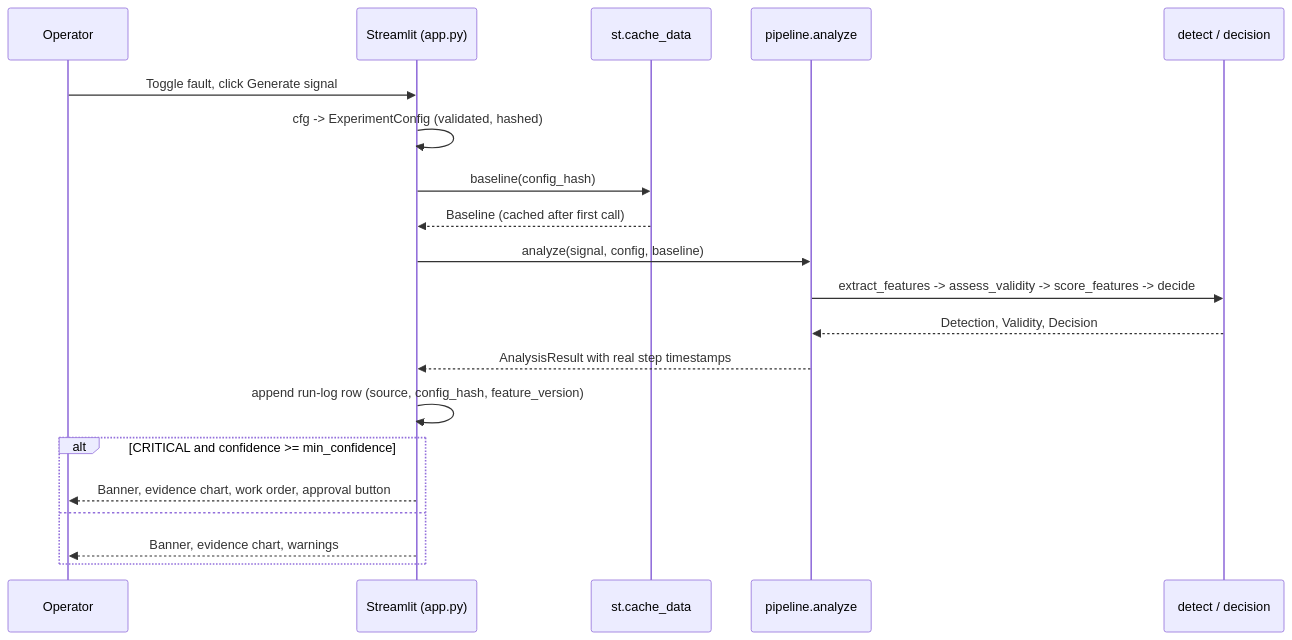
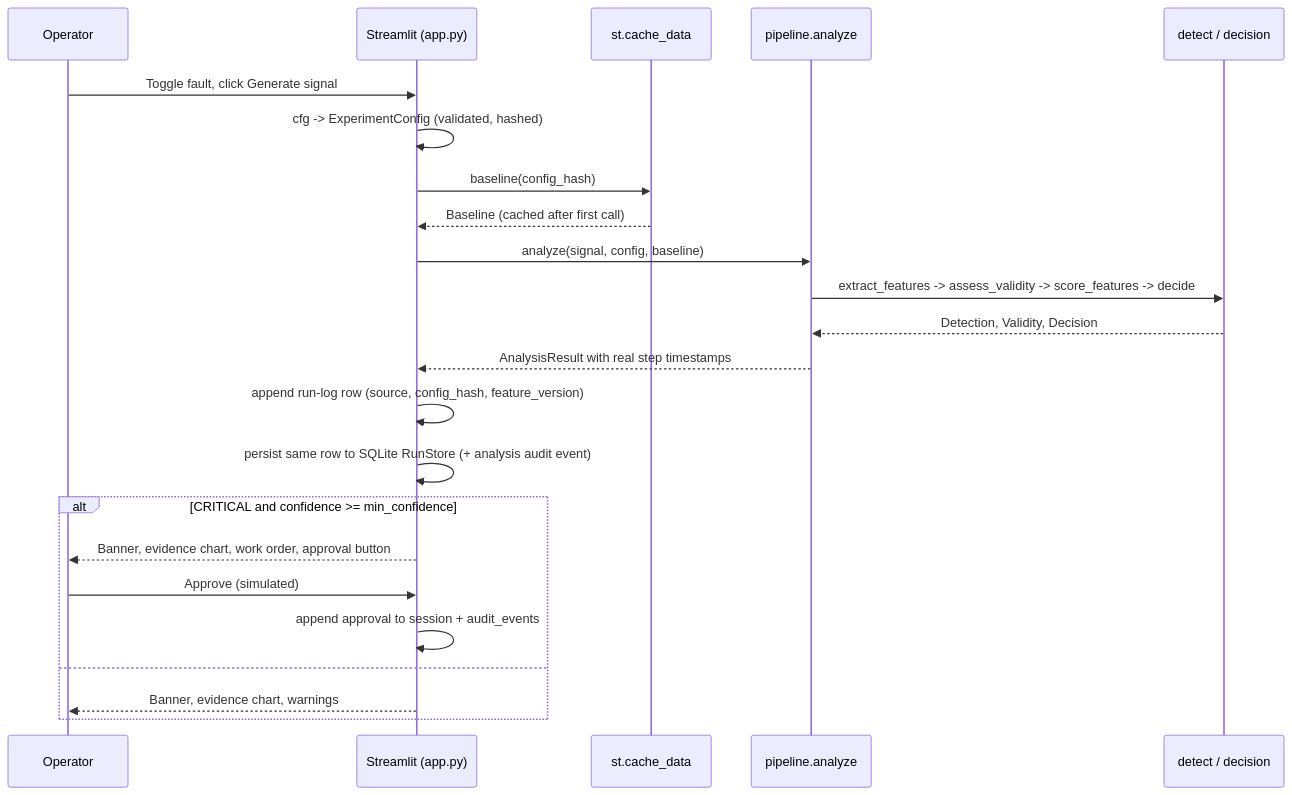
Before and after one commit to lalitsonawane/acoustic-diagnostic-agent-mvp: the second of 3 diagrams in docs/architecture.md, drawn with Mermaid. The commit also changed other lines of this file and 23 other files, not shown here.

````diff
--- a/docs/architecture.md
+++ b/docs/architecture.md
@@ -40,23 +42,26 @@
 ```mermaid
 sequenceDiagram
     participant O as Operator
     participant S as Streamlit (app.py)
     participant C as st.cache_data
     participant P as pipeline.analyze
     participant D as detect / decision
 
     O->>S: Toggle fault, click Generate signal
     S->>S: cfg -> ExperimentConfig (validated, hashed)
     S->>C: baseline(config_hash)
     C-->>S: Baseline (cached after first call)
     S->>P: analyze(signal, config, baseline)
     P->>D: extract_features -> assess_validity -> score_features -> decide
     D-->>P: Detection, Validity, Decision
     P-->>S: AnalysisResult with real step timestamps
     S->>S: append run-log row (source, config_hash, feature_version)
+    S->>S: persist same row to SQLite RunStore (+ analysis audit event)
     alt CRITICAL and confidence >= min_confidence
         S-->>O: Banner, evidence chart, work order, approval button
+        O->>S: Approve (simulated)
+        S->>S: append approval to session + audit_events
     else
         S-->>O: Banner, evidence chart, warnings
     end
 ```
````
